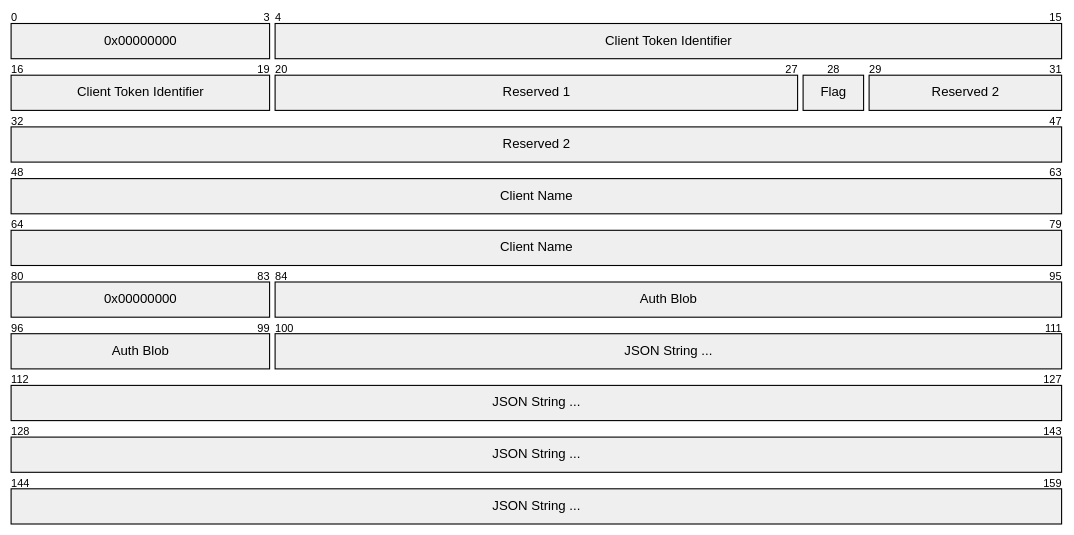
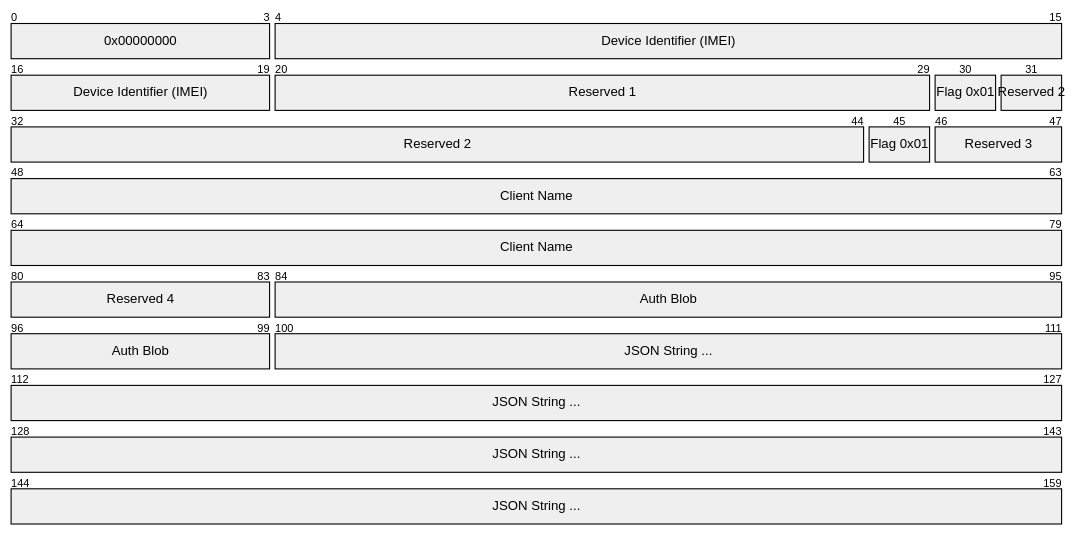
One commit to stephanschuurman/broadlink-dissector changed the fifth of 6 diagrams in protocol/index.md. Above: the diagram before and after it, drawn with Mermaid. The commit also changed other lines of this file and 4 other files, not shown here.

````diff
--- a/protocol/index.md
+++ b/protocol/index.md
@@ -263,18 +276,20 @@
 ```mermaid
 ---
 config:
   packet:
     bitsPerRow: 16
     bitWidth: 60
 ---
 packet
 0-3: "0x00000000"
-4-19: "Client Token Identifier"
-20-27:  "Reserved 1"
-28:  "Flag"
-29-47:  "Reserved 2"
+4-19: "Device Identifier (IMEI)"
+20-29: "Reserved 1"
+30: "Flag 0x01"
+31-44: "Reserved 2"
+45: "Flag 0x01"
+46-47: "Reserved 3"
 48-79: "Client Name"
-80-83: "0x00000000"
+80-83: "Reserved 4"
 84-99: "Auth Blob"
 100-159: "JSON String ..."
 ```
````
